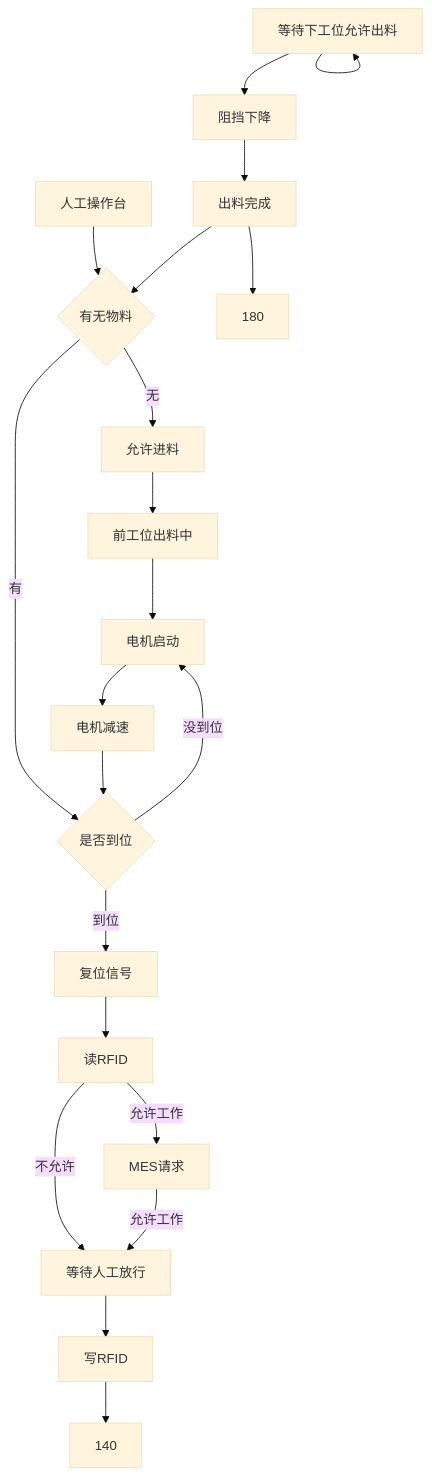
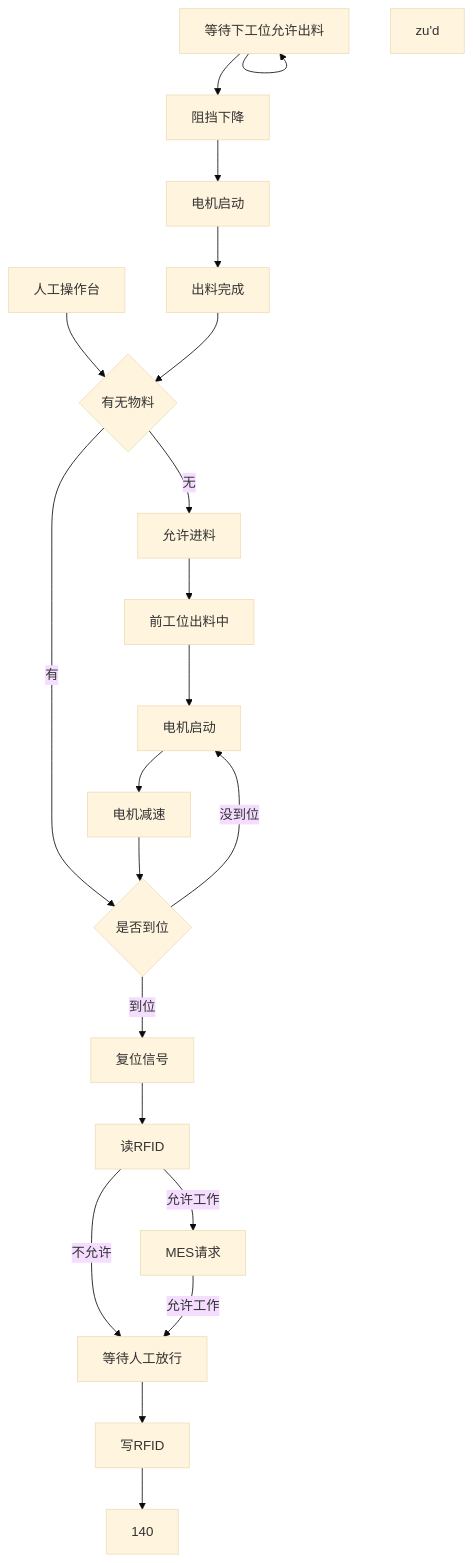
One commit to PengKun1/iodraw-files changed the diagram in all/未命名-4.md. Above: the diagram before and after it, drawn with Mermaid (base theme).

Commit message:
2024-12-20 14:55:01 update

````diff
--- a/all/未命名-4.md
+++ b/all/未命名-4.md
@@ -1,24 +1,25 @@
 ```mermaid
 graph TD
 0[人工操作台]-->10
+zu'd
 10{有无物料}-->|无|20
 10-->|有|60
 20[允许进料]-->30
 30[前工位出料中]-->40
 40[电机启动]-->50
 50[电机减速]-->60
 60{是否到位}-->|到位|70
 60-->|没到位|40
 70[复位信号]-->80
 80[读RFID]-->|允许工作|90
 80-->|不允许|120
 90[MES请求]-->|允许工作|120
 
 120[等待人工放行]-->130
 130[写RFID]-->140
 150[MES上传]-->150
 150[等待下工位允许出料]-->160
 160[阻挡下降]-->170
 170[电机启动]-->180
-170[出料完成]-->10
+180[出料完成]-->10
 ```
````
